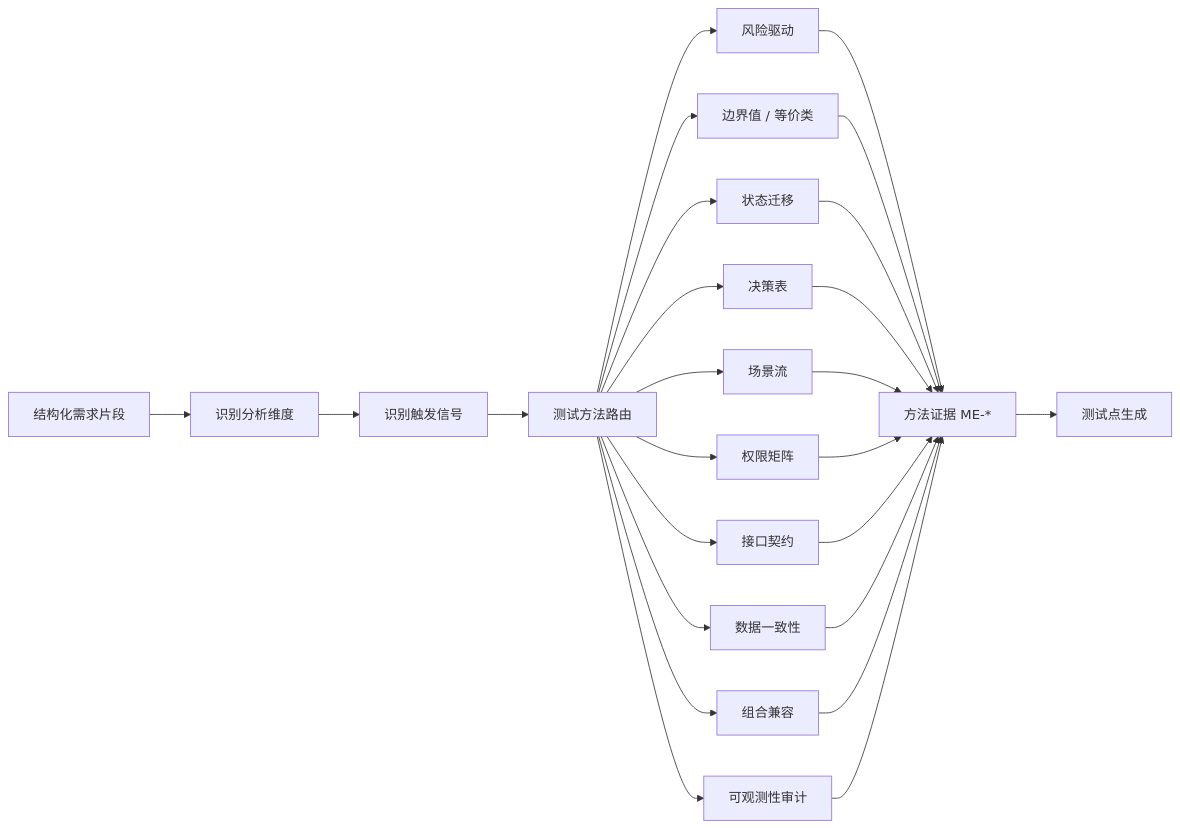
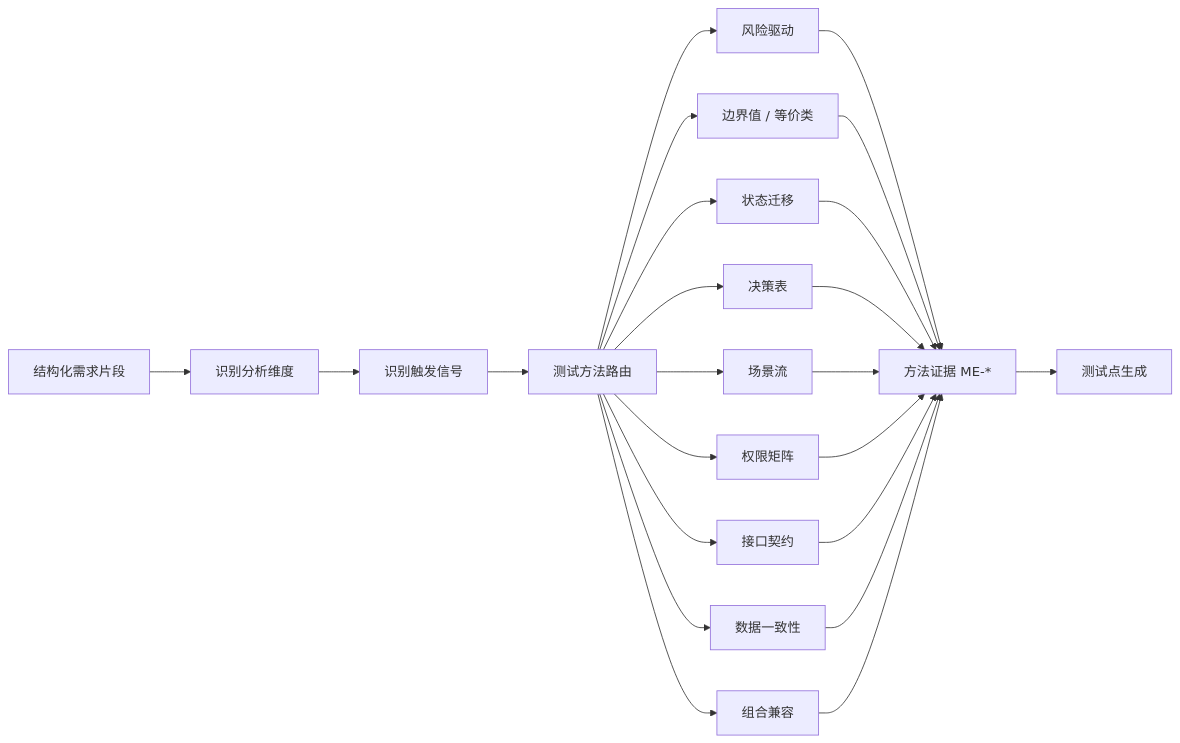
Before and after one commit to szluoqy-byte/Test-Analysis-Agent: the fifth of 8 diagrams in docs/test-analysis-agent-design.md, drawn with Mermaid. The commit also changed other lines of this file and 41 other files, not shown here.

````diff
--- a/docs/test-analysis-agent-design.md
+++ b/docs/test-analysis-agent-design.md
@@ -276,29 +276,27 @@
 ```mermaid
 flowchart LR
   Req["结构化需求片段"] --> Dimension["识别分析维度"]
   Dimension --> Signal["识别触发信号"]
   Signal --> Router["测试方法路由"]
 
   Router --> Risk["风险驱动"]
   Router --> Boundary["边界值 / 等价类"]
   Router --> State["状态迁移"]
   Router --> Decision["决策表"]
   Router --> Scenario["场景流"]
   Router --> Permission["权限矩阵"]
   Router --> Interface["接口契约"]
   Router --> Data["数据一致性"]
   Router --> Combo["组合兼容"]
-  Router --> Observability["可观测性审计"]
 
   Risk --> Evidence["方法证据 ME-*"]
   Boundary --> Evidence
   State --> Evidence
   Decision --> Evidence
   Scenario --> Evidence
   Permission --> Evidence
   Interface --> Evidence
   Data --> Evidence
   Combo --> Evidence
-  Observability --> Evidence
   Evidence --> Points["测试点生成"]
 ```
````
